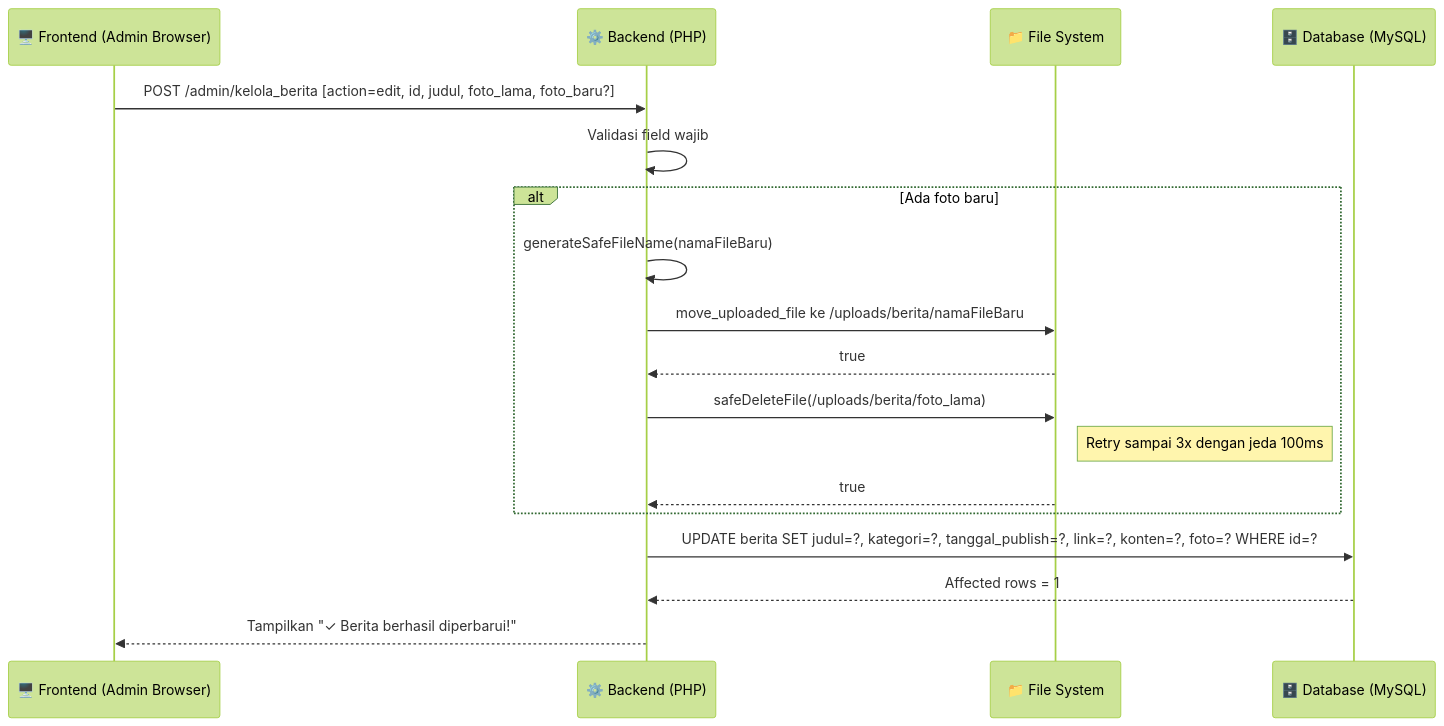
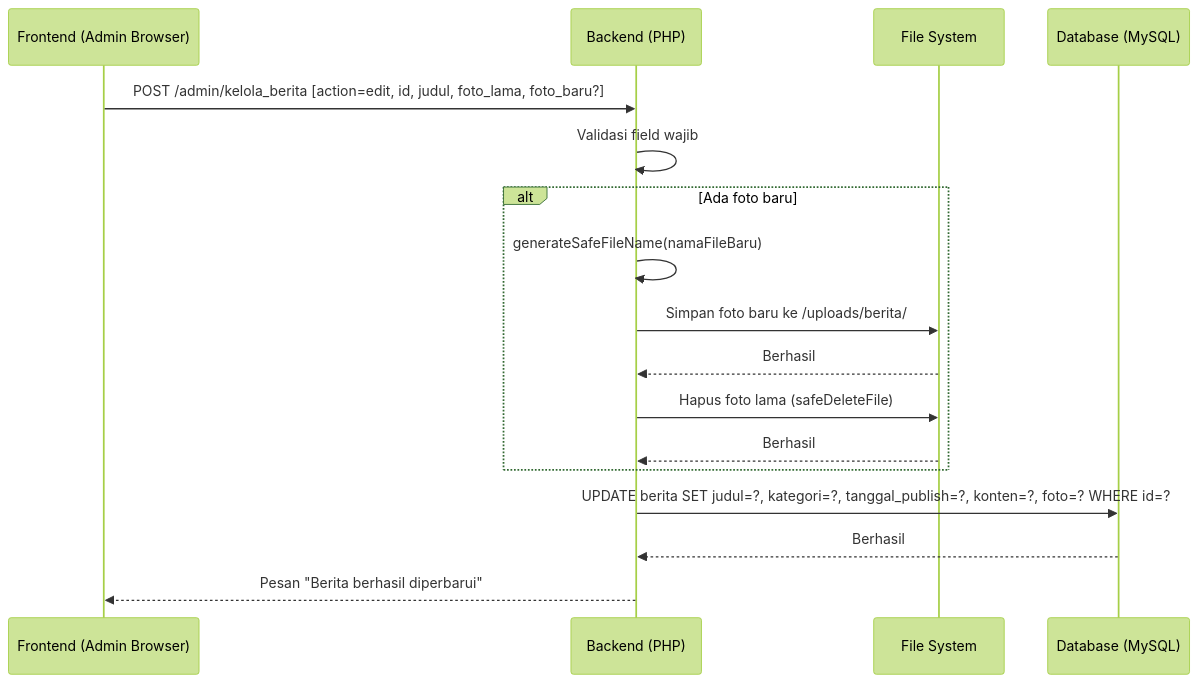
The third of 11 diagrams in docs/02_SEQUENCE_DIAGRAM.md (arbain-dev/Web_fikom), drawn with Mermaid (forest theme) before and after one commit. The commit also changed other lines of this file, not shown here.

Commit message:
docs(seq): buat ulang sequence diagram dengan penjelasan naratif sederhana di bawah setiap diagram

````diff
--- a/docs/02_SEQUENCE_DIAGRAM.md
+++ b/docs/02_SEQUENCE_DIAGRAM.md
@@ -81,21 +77,20 @@
 ```mermaid
 sequenceDiagram
-    participant FE as 🖥️ Frontend (Admin Browser)
-    participant BE as ⚙️ Backend (PHP)
-    participant FS as 📁 File System
-    participant DB as 🗄️ Database (MySQL)
+    participant FE as Frontend (Admin Browser)
+    participant BE as Backend (PHP)
+    participant FS as File System
+    participant DB as Database (MySQL)
 
     FE->>BE: POST /admin/kelola_berita [action=edit, id, judul, foto_lama, foto_baru?]
     BE->>BE: Validasi field wajib
     alt Ada foto baru
         BE->>BE: generateSafeFileName(namaFileBaru)
-        BE->>FS: move_uploaded_file ke /uploads/berita/namaFileBaru
-        FS-->>BE: true
-        BE->>FS: safeDeleteFile(/uploads/berita/foto_lama)
-        Note right of FS: Retry sampai 3x dengan jeda 100ms
-        FS-->>BE: true
+        BE->>FS: Simpan foto baru ke /uploads/berita/
+        FS-->>BE: Berhasil
+        BE->>FS: Hapus foto lama (safeDeleteFile)
+        FS-->>BE: Berhasil
     end
-    BE->>DB: UPDATE berita SET judul=?, kategori=?, tanggal_publish=?, link=?, konten=?, foto=? WHERE id=?
-    DB-->>BE: Affected rows = 1
-    BE-->>FE: Tampilkan "✓ Berita berhasil diperbarui!"
+    BE->>DB: UPDATE berita SET judul=?, kategori=?, tanggal_publish=?, konten=?, foto=? WHERE id=?
+    DB-->>BE: Berhasil
+    BE-->>FE: Pesan "Berita berhasil diperbarui"
 ```
````
